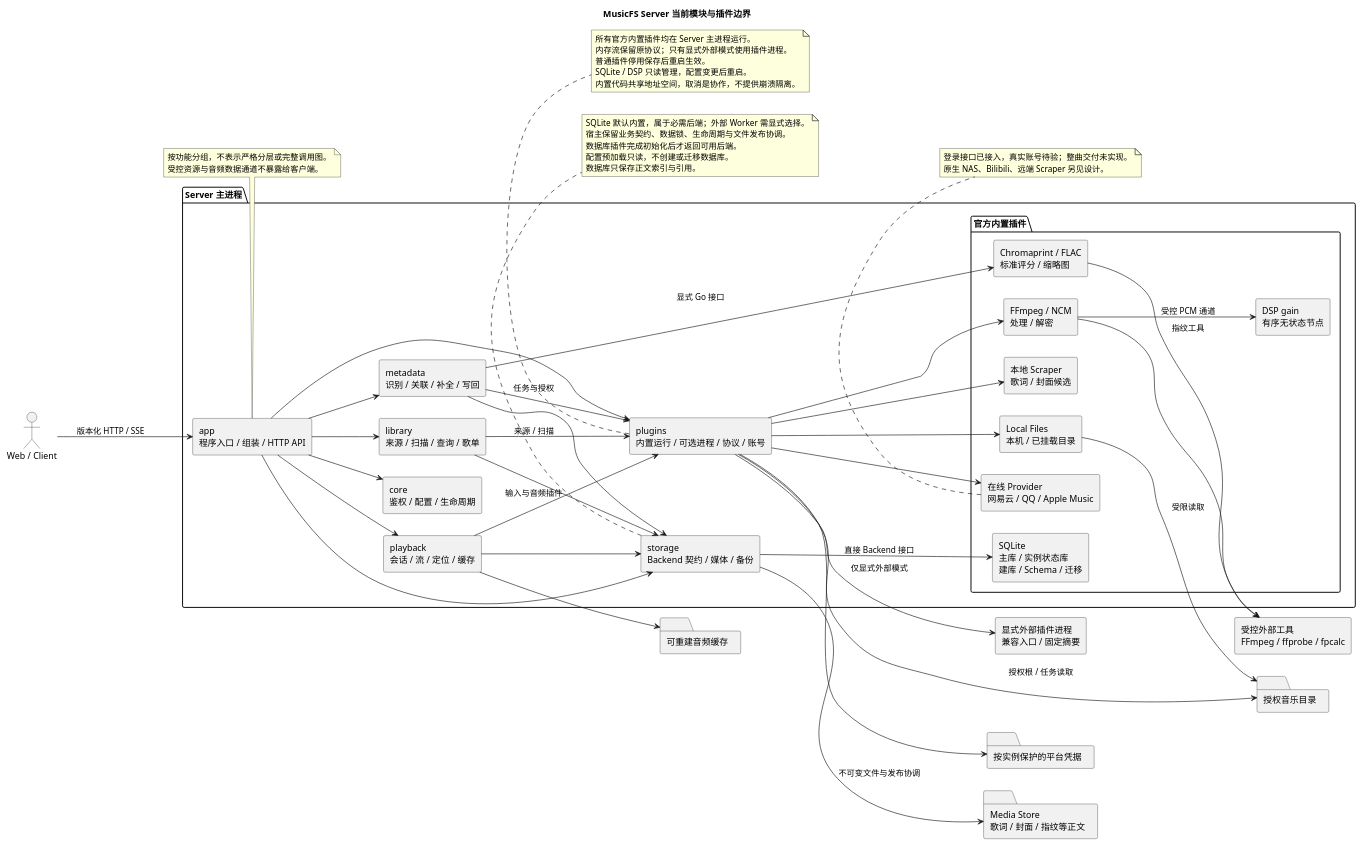
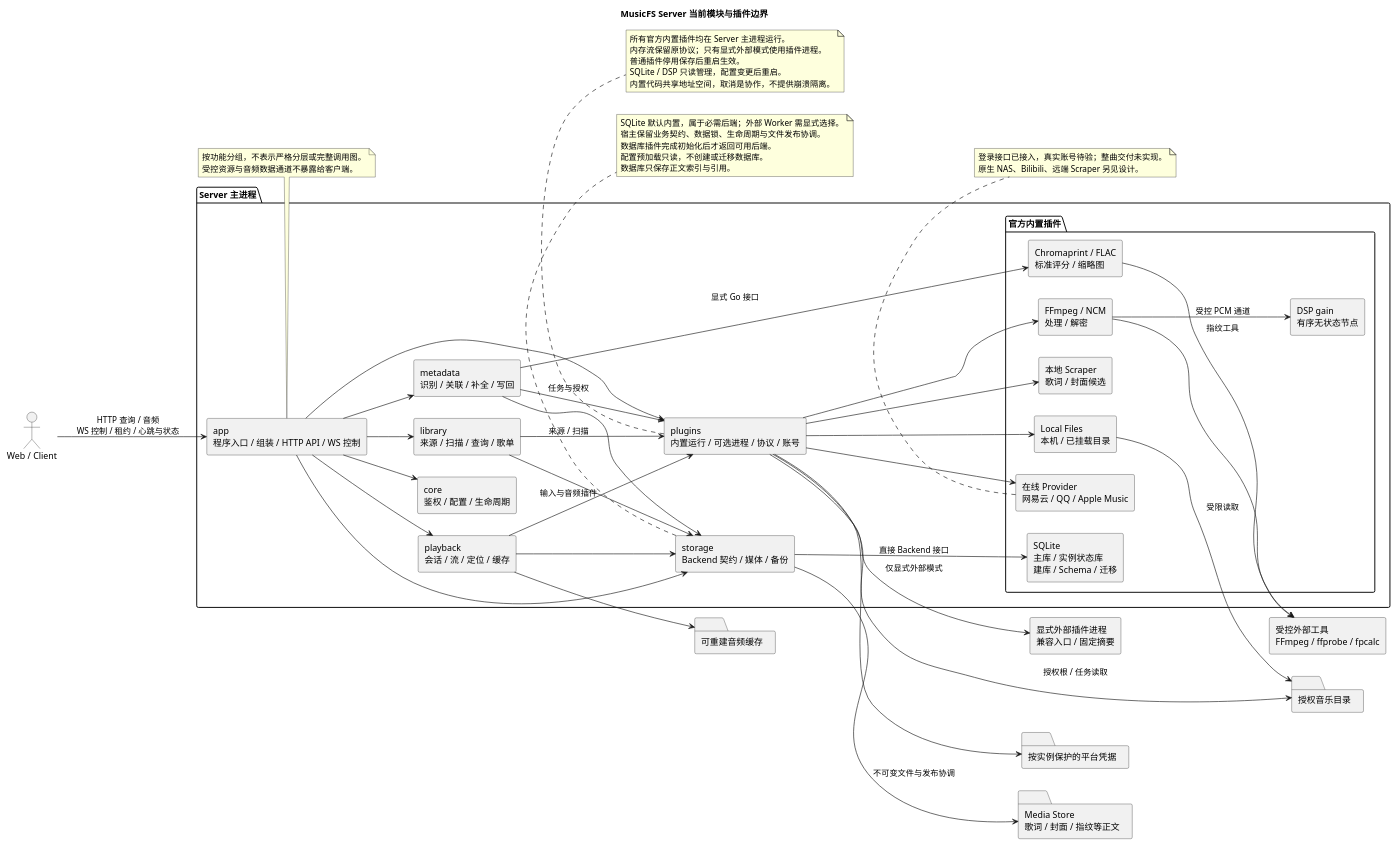
The diagram in docs/diagrams/components.puml (fnMrRice/MusicFS-server), drawn with PlantUML before and after one commit. The commit also changed 34 other files, not shown here.

```diff
--- a/docs/diagrams/components.puml
+++ b/docs/diagrams/components.puml
@@ -1,84 +1,84 @@
 @startuml
 title MusicFS Server 当前模块与插件边界
 left to right direction
 skinparam componentStyle rectangle
 skinparam shadowing false
 
 actor "Web / Client" as UI
 package "Server 主进程" {
-  component "app\n程序入口 / 组装 / HTTP API" as App
+  component "app\n程序入口 / 组装 / HTTP API / WS 控制" as App
   component "core\n鉴权 / 配置 / 生命周期" as Core
   component "library\n来源 / 扫描 / 查询 / 歌单" as Library
   component "metadata\n识别 / 关联 / 补全 / 写回" as Metadata
   component "playback\n会话 / 流 / 定位 / 缓存" as Playback
   component "plugins\n内置运行 / 可选进程 / 协议 / 账号" as Host
   component "storage\nBackend 契约 / 媒体 / 备份" as Storage
 package "官方内置插件" {
   component "Local Files\n本机 / 已挂载目录" as Local
   component "在线 Provider\n网易云 / QQ / Apple Music" as Online
   component "本地 Scraper\n歌词 / 封面候选" as Scraper
   component "FFmpeg / NCM\n处理 / 解密" as Audio
   component "DSP gain\n有序无状态节点" as DSP
   component "SQLite\n主库 / 实例状态库\n建库 / Schema / 迁移" as SQLite
   component "Chromaprint / FLAC\n标准评分 / 缩略图" as Algorithms
 }
 }
 component "显式外部插件进程\n兼容入口 / 固定摘要" as External
 component "受控外部工具\nFFmpeg / ffprobe / fpcalc" as Tools
 folder "授权音乐目录" as Files
 folder "Media Store\n歌词 / 封面 / 指纹等正文" as Media
 folder "可重建音频缓存" as Cache
 folder "按实例保护的平台凭据" as Credentials
 
-UI --> App : 版本化 HTTP / SSE
+UI --> App : HTTP 查询 / 音频\nWS 控制 / 租约 / 心跳与状态
 App --> Core
 App --> Library
 App --> Metadata
 App --> Playback
 App --> Host
 App --> Storage
 Library --> Host : 来源 / 扫描
 Metadata --> Host : 任务与授权
 Playback --> Host : 输入与音频插件
 Library --> Storage
 Metadata --> Storage
 Metadata --> Algorithms : 显式 Go 接口
 Playback --> Storage
 Host --> Local
 Host --> Online
 Host --> Scraper
 Host --> Audio
 Host --> Credentials
 Host --> Files : 授权根 / 任务读取
 Local --> Files : 受限读取
 Audio --> DSP : 受控 PCM 通道
 Audio --> Tools
 Algorithms --> Tools : 指纹工具
 Host --> External : 仅显式外部模式
 Playback --> Cache
 Storage --> SQLite : 直接 Backend 接口
 Storage --> Media : 不可变文件与发布协调
 
 note bottom of Host
   所有官方内置插件均在 Server 主进程运行。
   内存流保留原协议；只有显式外部模式使用插件进程。
   普通插件停用保存后重启生效。
   SQLite / DSP 只读管理，配置变更后重启。
   内置代码共享地址空间，取消是协作，不提供崩溃隔离。
 end note
 note bottom of Storage
   SQLite 默认内置，属于必需后端；外部 Worker 需显式选择。
   宿主保留业务契约、数据锁、生命周期与文件发布协调。
   数据库插件完成初始化后才返回可用后端。
   配置预加载只读，不创建或迁移数据库。
   数据库只保存正文索引与引用。
 end note
 note bottom of Online
   登录接口已接入，真实账号待验；整曲交付未实现。
   原生 NAS、Bilibili、远端 Scraper 另见设计。
 end note
 note bottom of App
   按功能分组，不表示严格分层或完整调用图。
   受控资源与音频数据通道不暴露给客户端。
 end note
 @enduml
```
